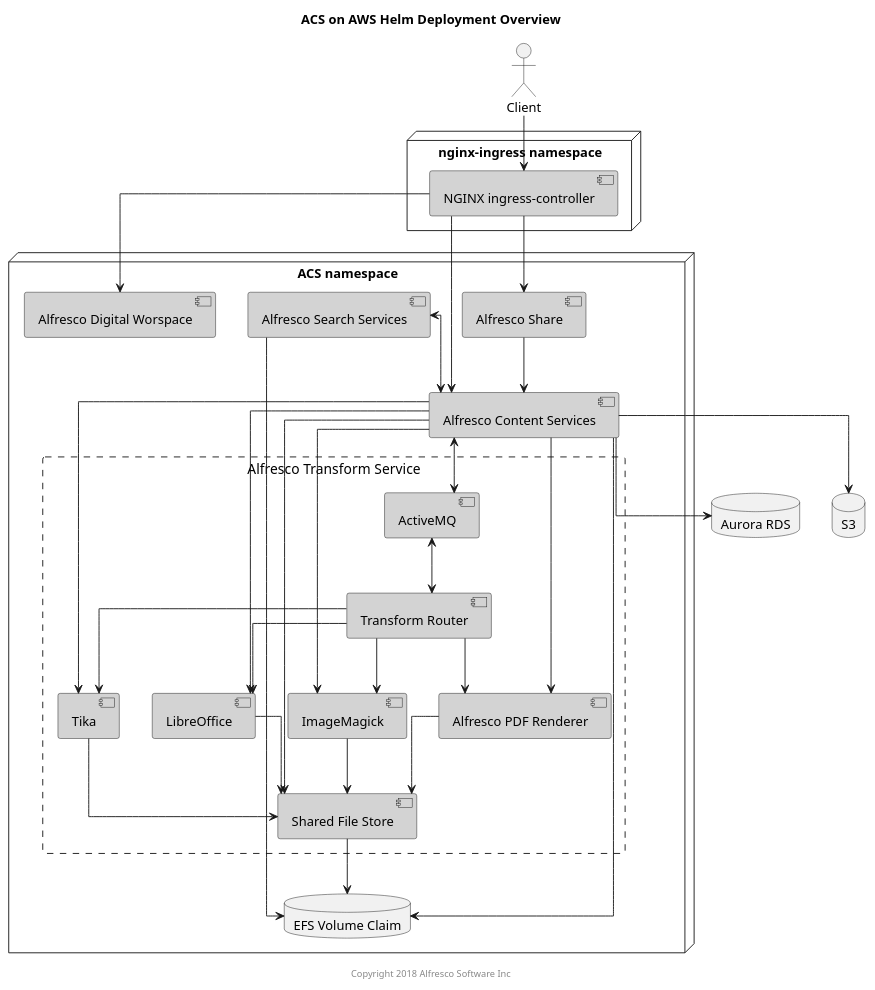
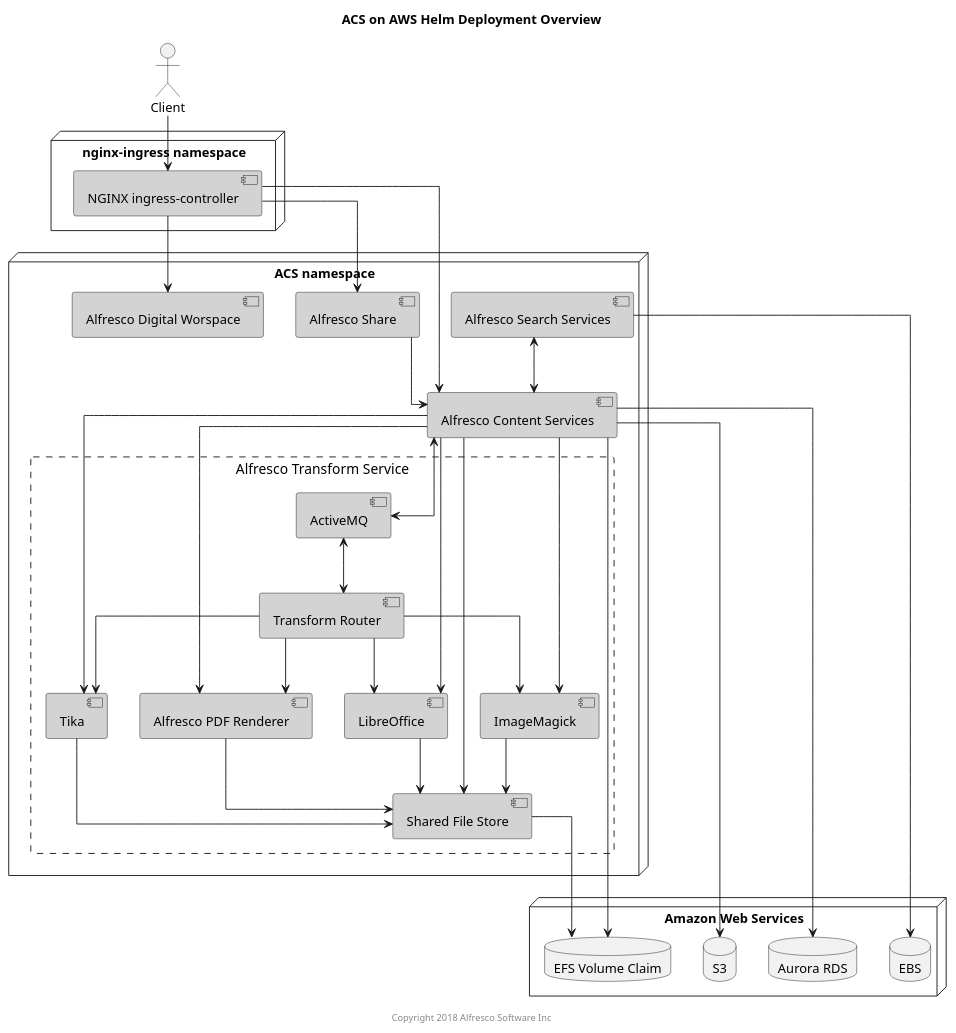
The diagram in docs/diagrams/helm-chart/helm-components-aws.puml (Alfresco/acs-deployment), drawn with PlantUML before and after one commit. The commit also changed 1 other file, not shown here.

Commit message:
REPO-3969 include EBS in aws diagram

```diff
--- a/docs/diagrams/helm-chart/helm-components-aws.puml
+++ b/docs/diagrams/helm-chart/helm-components-aws.puml
@@ -1,71 +1,74 @@
 @startuml
 
 Title: ACS on AWS Helm Deployment Overview
 
 skinparam componentStyle uml2
 skinparam linetype ortho
 skinparam rectangle {
     BorderStyle dashed
     FontSize 15
     FontStyle none
 }
 
 actor Client
 
 node "nginx-ingress namespace" {
     component "NGINX ingress-controller" as nginx #lightgrey
 }
 
 node "ACS namespace" {
     component "Alfresco Digital Worspace" as adw #lightgrey
     component "Alfresco Content Services" as acs #lightgrey
     component "Alfresco Search Services" as ass #lightgrey
     component "Alfresco Share" as share #lightgrey
-    database "EFS Volume Claim" as vc
     rectangle "Alfresco Transform Service" {
         component "Transform Router" as tr #lightgrey
         component "Shared File Store" as sfs #lightgrey
         component "ActiveMQ" as amq #lightgrey
         component "Alfresco PDF Renderer" as pdfr #lightgrey
         component "LibreOffice" as libr #lightgrey
         component "ImageMagick" as img #lightgrey
         component "Tika" as tika #lightgrey
     }
 }
 
-database "Aurora RDS" as db
-database "S3" as s3
+node "Amazon Web Services" {
+    database "Aurora RDS" as db
+    database "S3" as s3
+    database "EFS Volume Claim" as vc
+    database "EBS" as ebs
+}
 
 Client --> nginx
 
 nginx --> acs
 nginx --> share
 nginx --> adw
 
 acs --> vc
-ass --> vc
+ass --> ebs
 sfs --> vc
 acs --> s3
 
 ass <--> acs
 acs --> db
 acs --> pdfr
 acs --> libr
 acs --> img
 acs --> tika
 acs --> sfs
 acs <--> amq
 tr --> pdfr
 tr --> libr
 tr --> img
 tr --> tika
 tr <-up-> amq
 pdfr --> sfs
 libr --> sfs
 img --> sfs
 tika --> sfs
 share --> acs
 
 center footer Copyright 2018 Alfresco Software Inc
 
 @enduml
```
